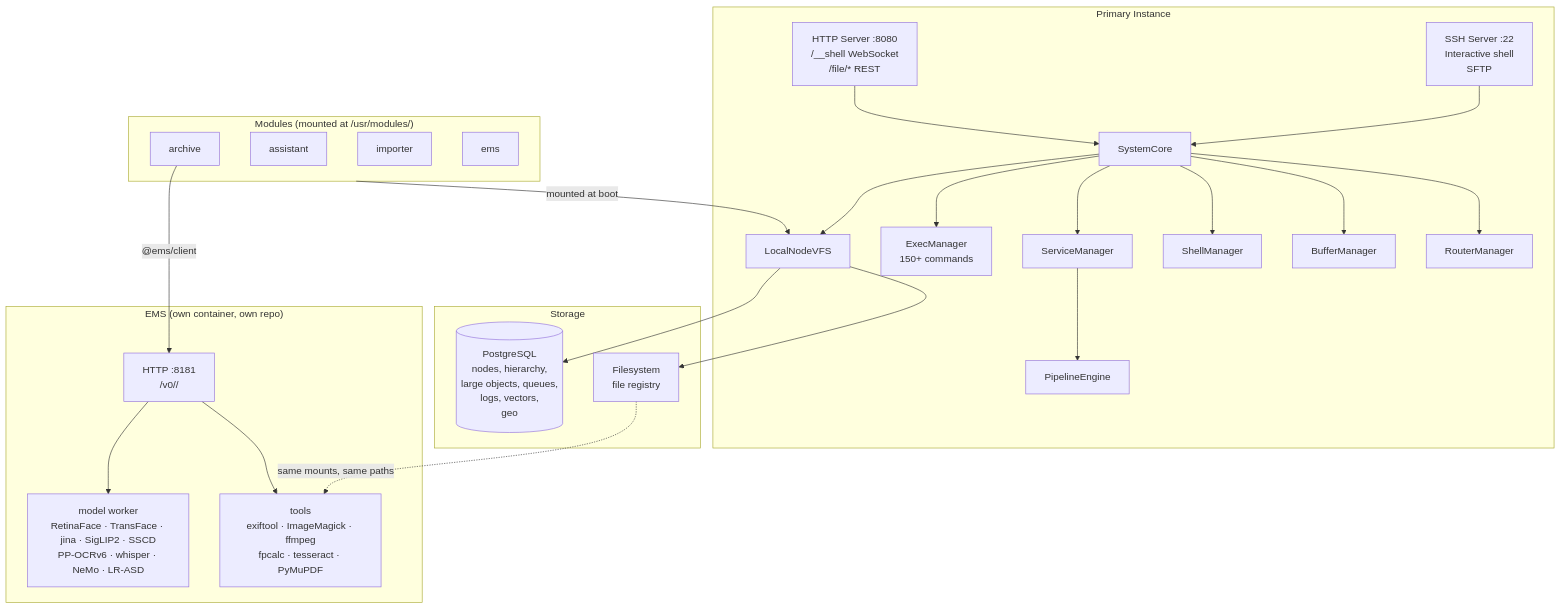
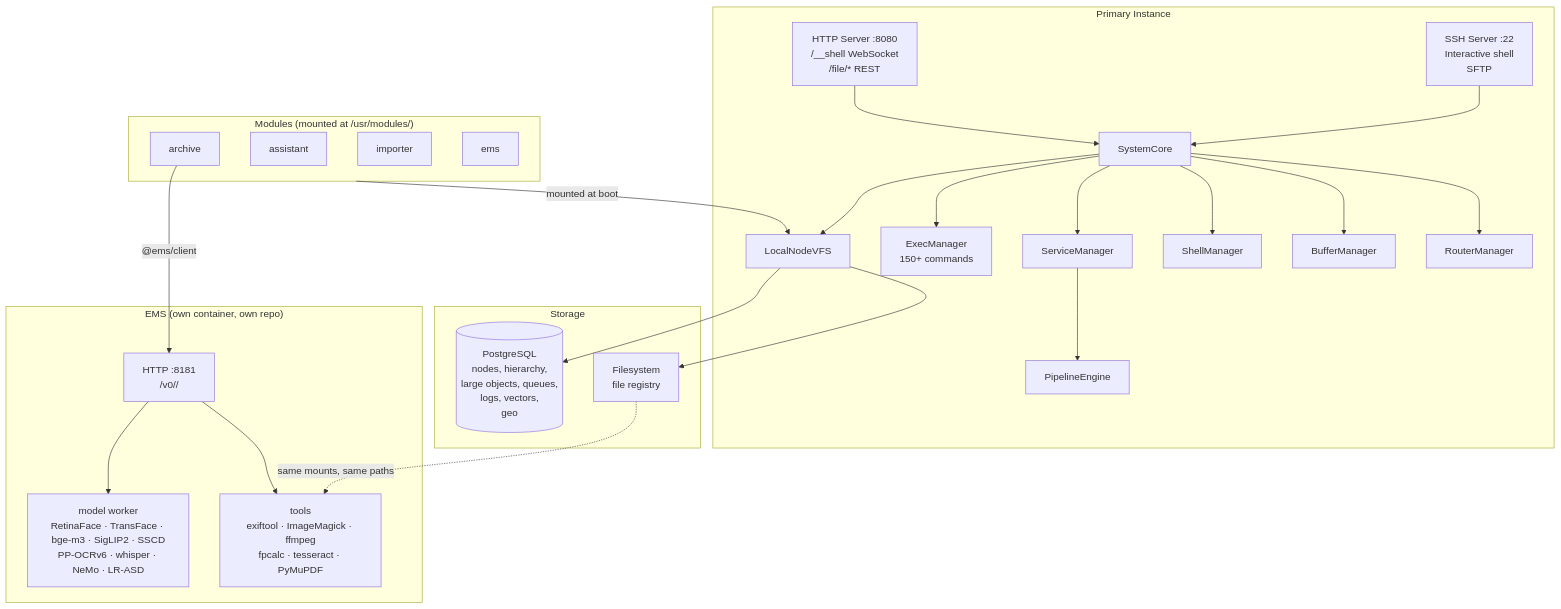
The first of 5 diagrams in docs/architecture.md (einhq/core), drawn with Mermaid before and after one commit. The commit also changed 2 other files, not shown here.

Commit message:
docs: the text embedder is bge-m3, its vectors text_bgem3 (ein/core#889)

````diff
--- a/docs/architecture.md
+++ b/docs/architecture.md
@@ -11,50 +11,50 @@
 ```mermaid
 graph TB
     subgraph Primary["Primary Instance"]
         HTTP["HTTP Server :8080\n/__shell WebSocket\n/file/* REST"]
         SSH["SSH Server :22\nInteractive shell\nSFTP"]
         SYS["SystemCore"]
         VFS["LocalNodeVFS"]
         EM["ExecManager\n150+ commands"]
         SM["ServiceManager"]
         SHM["ShellManager"]
         PM["PipelineEngine"]
         BUF["BufferManager"]
         RTR["RouterManager"]
     end
 
     subgraph Storage["Storage"]
         PG[("PostgreSQL\nnodes, hierarchy,\nlarge objects, queues,\nlogs, vectors,\ngeo")]
         FS["Filesystem\nfile registry"]
     end
 
     subgraph EMS["EMS (own container, own repo)"]
         EMSAPI["HTTP :8181\n/v0/<ns>/<op>"]
-        MODELS["model worker\nRetinaFace · TransFace · jina · SigLIP2 · SSCD\nPP-OCRv6 · whisper · NeMo · LR-ASD"]
+        MODELS["model worker\nRetinaFace · TransFace · bge-m3 · SigLIP2 · SSCD\nPP-OCRv6 · whisper · NeMo · LR-ASD"]
         TOOLS["tools\nexiftool · ImageMagick · ffmpeg\nfpcalc · tesseract · PyMuPDF"]
     end
 
     subgraph Modules["Modules (mounted at /usr/modules/)"]
         ARCHIVE["archive"]
         ASSIST["assistant"]
         IMPORTER["importer"]
         EMSMOD["ems"]
     end
 
     HTTP --> SYS
     SSH --> SYS
     SYS --> VFS
     SYS --> EM
     SYS --> SM
     SYS --> SHM
     SYS --> BUF
     SYS --> RTR
     SM --> PM
     VFS --> PG
     VFS --> FS
     Modules -->|"mounted at boot"| VFS
     ARCHIVE -->|"@ems/client"| EMSAPI
     EMSAPI --> MODELS
     EMSAPI --> TOOLS
     FS -.->|"same mounts, same paths"| TOOLS
 ```
````
